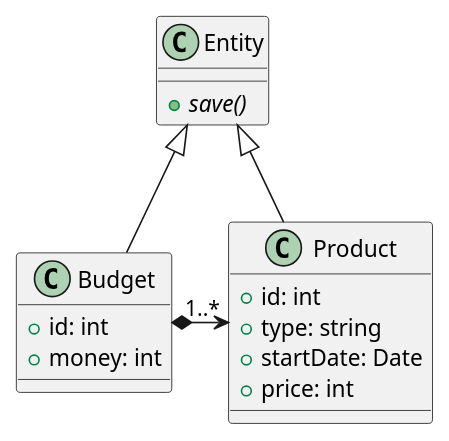
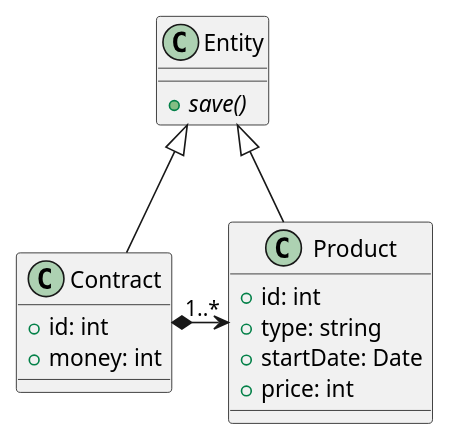
Before and after one commit to Zybr/enterprise-patterns: the diagram in src/Domain layer logic/Revenue recognition/Table module/revenue-recognition.puml, drawn with PlantUML. The commit also changed 9 other files, not shown here.

Commit message:
Rename Budget => Contract

```diff
--- a/src/Domain layer logic/Revenue recognition/Table module/revenue-recognition.puml
+++ b/src/Domain layer logic/Revenue recognition/Table module/revenue-recognition.puml
@@ -1,24 +1,24 @@
 @startuml
 'https://plantuml.com/class-diagram
 
 class Entity {
     {abstract} + save()
 }
 
 class Product {
     + id: int
     + type: string
     + startDate: Date
     + price: int
 }
 
-class Budget {
+class Contract {
     + id: int
     + money: int
 }
 
-Entity <|-- Budget
+Entity <|-- Contract
 Entity <|-- Product
-Budget "1..*" *-right-> Product
+Contract "1..*" *-right-> Product
 
 @enduml
```
